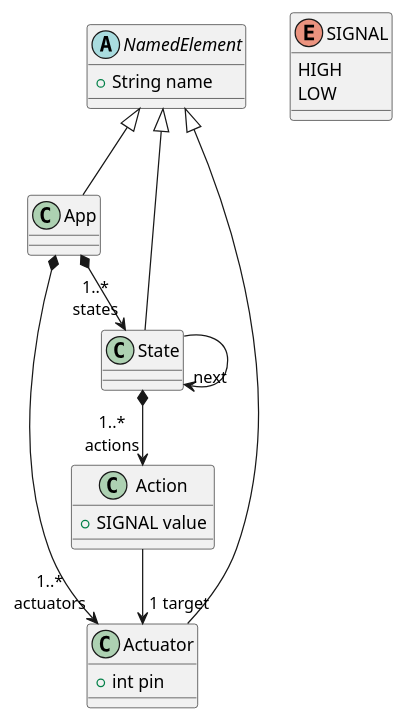
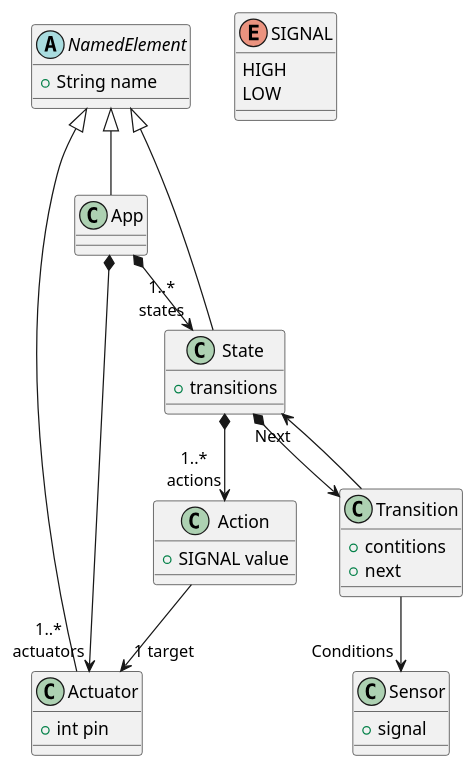
The diagram in model.puml (jackodsteel/SENG441-Assignment-1), drawn with PlantUML before and after one commit.

Commit message:
New model proposed by Robert.

```diff
--- a/model.puml
+++ b/model.puml
@@ -1,35 +1,48 @@
 @startuml
 
 abstract class NamedElement {
  + String name
 }
 
 class App
 
 class Actuator {
   + int pin
 }
 
-class State
+class State {
+ + transitions
+}
 
 class Action {
   + SIGNAL value
+}
+
+class Transition {
+  + contitions
+  + next
+}
+
+class Sensor {
+ + signal
 }
 
 enum SIGNAL {
     HIGH
     LOW
 }
 
 
 NamedElement <|-- App
 NamedElement <|-- Actuator
 NamedElement <|-- State
 
 App *--> "1..*\nstates" State
+State *--> Transition
+Transition --> "Next" State
+Transition --> "Conditions" Sensor
 App *--> "1..*\nactuators" Actuator
-State --> "next" State
 State *--> "1..*\nactions" Action
 Action --> "1 target" Actuator
 
 @enduml
```
